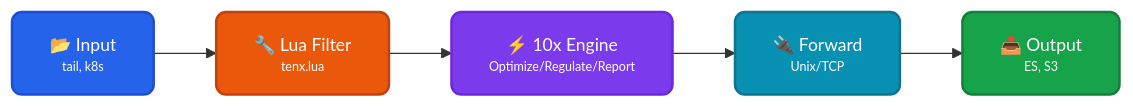
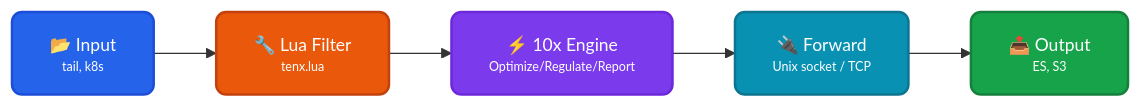
The diagram in pipelines/run/modules/input/forwarder/fluentbit/doc.md (log-10x/modules), drawn with Mermaid before and after one commit. The commit also changed other lines of this file and 194 other files, not shown here.

````diff
--- a/pipelines/run/modules/input/forwarder/fluentbit/doc.md
+++ b/pipelines/run/modules/input/forwarder/fluentbit/doc.md
@@ -11,19 +11,20 @@
 ```mermaid
 graph LR
     A["<div style='font-size: 14px;'>📂 Input</div><div style='font-size: 10px;'>tail, k8s</div>"] --> B["<div style='font-size: 14px;'>🔧 Lua Filter</div><div style='font-size: 10px;'>tenx.lua</div>"]
     B --> E["<div style='font-size: 14px;'>⚡ 10x Engine</div><div style='font-size: 10px;'>Optimize/Regulate/Report</div>"]
-    E --> C["<div style='font-size: 14px;'>🔌 Forward</div><div style='font-size: 10px;'>Unix/TCP</div>"]
+    E --> C["<div style='font-size: 14px;'>🔌 Forward</div><div style='font-size: 10px;'>Unix socket / TCP</div>"]
     C --> D["<div style='font-size: 14px;'>📤 Output</div><div style='font-size: 10px;'>ES, S3</div>"]
 
     classDef input fill:#2563eb,stroke:#1d4ed8,color:#ffffff,stroke-width:2px,rx:8,ry:8
     classDef filter fill:#ea580c,stroke:#c2410c,color:#ffffff,stroke-width:2px,rx:8,ry:8
     classDef socket fill:#0891b2,stroke:#0e7490,color:#ffffff,stroke-width:2px,rx:8,ry:8
+
     classDef output fill:#16a34a,stroke:#15803d,color:#ffffff,stroke-width:2px,rx:8,ry:8
     classDef engine fill:#7c3aed,stroke:#6d28d9,color:#ffffff,stroke-width:2px,rx:8,ry:8
 
     class A input
     class B filter
     class C socket
     class D output
     class E engine
 ```
````
